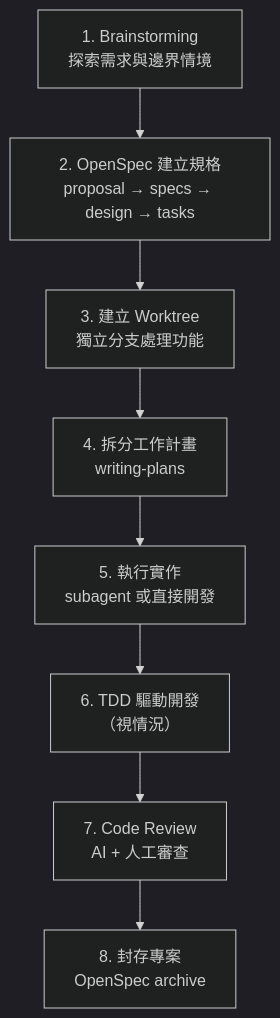
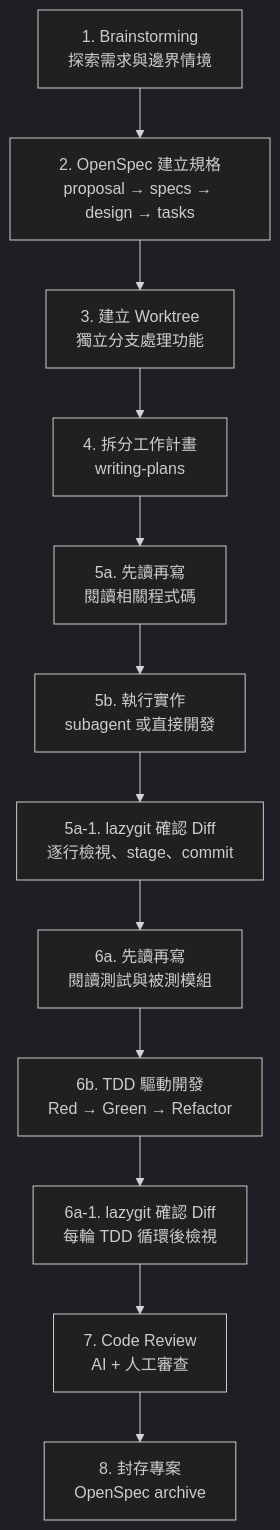
Before and after one commit to chriskang0917/hahow-assessment: the diagram in docs/AI_WORKFLOW.md, drawn with Mermaid (dark theme). The commit also changed other lines of this file and 8 other files, not shown here.

````diff
--- a/docs/AI_WORKFLOW.md
+++ b/docs/AI_WORKFLOW.md
@@ -9,10 +9,14 @@
 ```mermaid
 graph TD
     A["1. Brainstorming<br/>探索需求與邊界情境"] --> B["2. OpenSpec 建立規格<br/>proposal → specs → design → tasks"]
     B --> C["3. 建立 Worktree<br/>獨立分支處理功能"]
     C --> D["4. 拆分工作計畫<br/>writing-plans"]
-    D --> E["5. 執行實作<br/>subagent 或直接開發"]
-    E --> F["6. TDD 驅動開發<br/>（視情況）"]
-    F --> G["7. Code Review<br/>AI + 人工審查"]
+    D --> E1["5a. 先讀再寫<br/>閱讀相關程式碼"]
+    E1 --> E2["5b. 執行實作<br/>subagent 或直接開發"]
+    E2 --> E3["5a-1. lazygit 確認 Diff<br/>逐行檢視、stage、commit"]
+    E3 --> F1["6a. 先讀再寫<br/>閱讀測試與被測模組"]
+    F1 --> F2["6b. TDD 驅動開發<br/>Red → Green → Refactor"]
+    F2 --> F3["6a-1. lazygit 確認 Diff<br/>每輪 TDD 循環後檢視"]
+    F3 --> G["7. Code Review<br/>AI + 人工審查"]
     G --> H["8. 封存專案<br/>OpenSpec archive"]
 ```
````
